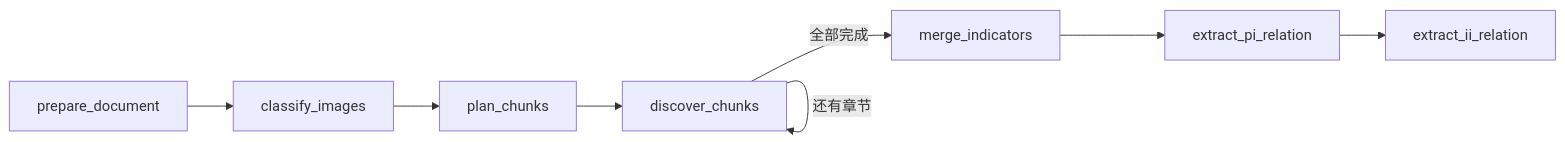
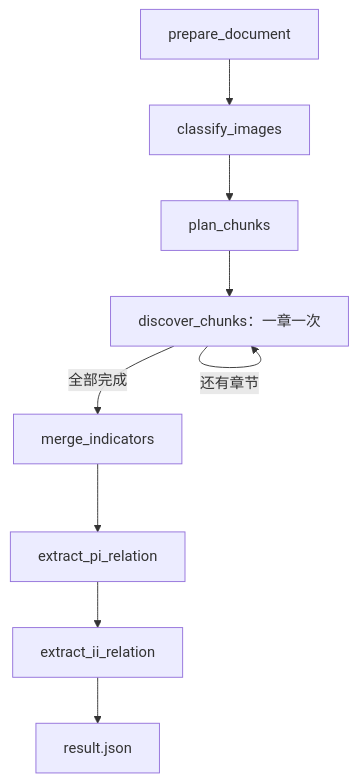
One commit to Zengzzhao/Metrics-Assistant changed the diagram in README.md. Above: the diagram before and after it, drawn with Mermaid. The commit also changed other lines of this file and 3 other files, not shown here.

````diff
--- a/README.md
+++ b/README.md
@@ -45,10 +57,11 @@
 ```mermaid
-flowchart LR
+flowchart TD
     A[prepare_document] --> B[classify_images]
     B --> C[plan_chunks]
-    C --> D[discover_chunks]
+    C --> D[discover_chunks：一章一次]
     D -->|还有章节| D
     D -->|全部完成| E[merge_indicators]
     E --> F[extract_pi_relation]
     F --> G[extract_ii_relation]
+    G --> H[result.json]
 ```
````
